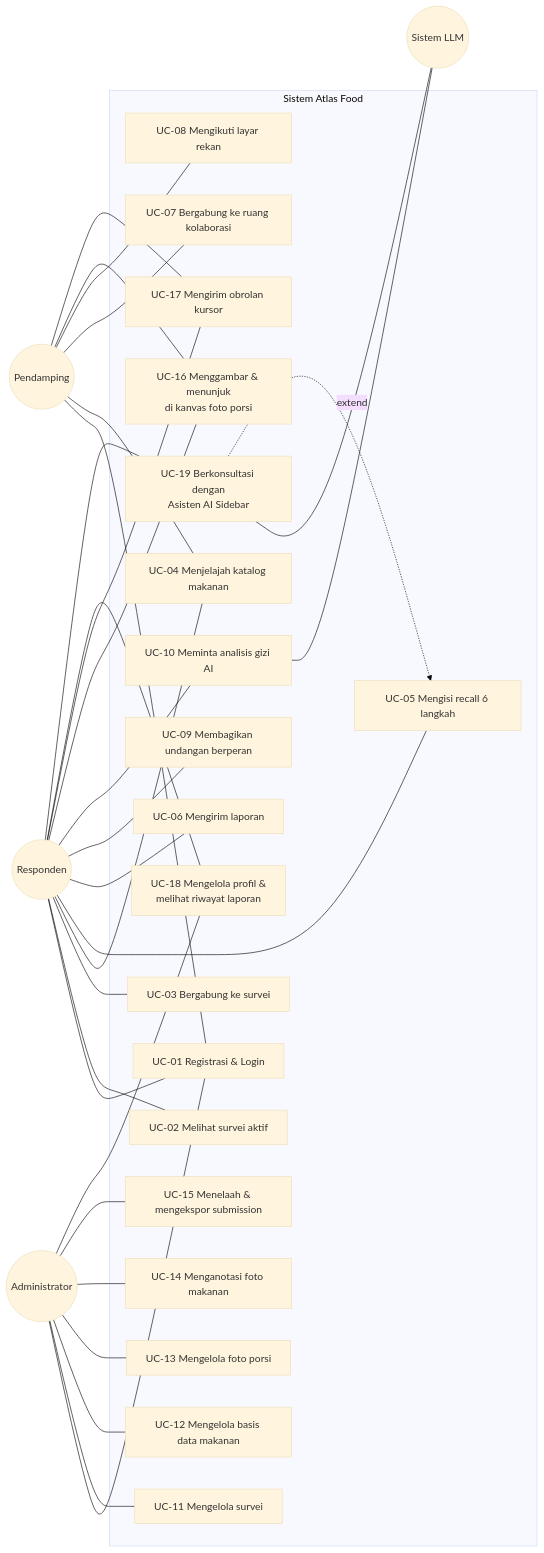
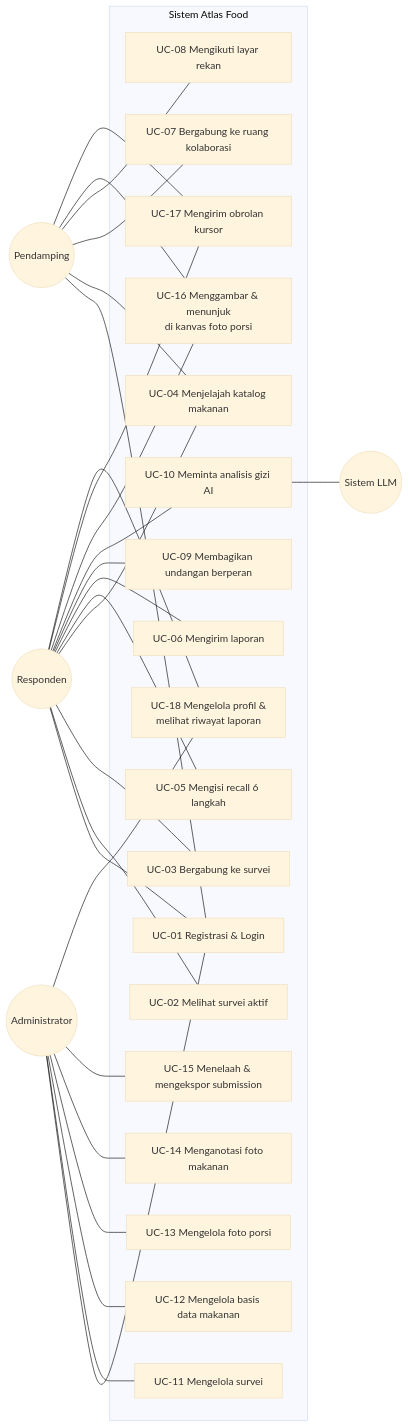
Before and after one commit to Babyhex7/atlas_food_frontend: the third of 12 diagrams in docs/Skripsi_Atlas_Food_Bab_1-5.md, drawn with Mermaid (base theme). The commit also changed other lines of this file, not shown here.

Commit message:
docs(skripsi): remove AIAssistantSidebar & offline-first claims and align with PMK 28/2019 & latest codebase

````diff
--- a/docs/Skripsi_Atlas_Food_Bab_1-5.md
+++ b/docs/Skripsi_Atlas_Food_Bab_1-5.md
@@ -880,36 +867,33 @@
 ```mermaid
 flowchart LR
     R((Responden))
     P((Pendamping))
     A((Administrator))
     L((Sistem LLM))
 
     subgraph SIS["Sistem Atlas Food"]
         UC1["UC-01 Registrasi & Login"]
         UC2["UC-02 Melihat survei aktif"]
         UC3["UC-03 Bergabung ke survei"]
         UC4["UC-04 Menjelajah katalog makanan"]
         UC5["UC-05 Mengisi recall 6 langkah"]
         UC6["UC-06 Mengirim laporan"]
         UC7["UC-07 Bergabung ke ruang kolaborasi"]
         UC8["UC-08 Mengikuti layar rekan"]
         UC9["UC-09 Membagikan undangan berperan"]
         UC10["UC-10 Meminta analisis gizi AI"]
         UC11["UC-11 Mengelola survei"]
         UC12["UC-12 Mengelola basis data makanan"]
         UC13["UC-13 Mengelola foto porsi"]
         UC14["UC-14 Menganotasi foto makanan"]
         UC15["UC-15 Menelaah & mengekspor submission"]
         UC16["UC-16 Menggambar & menunjuk<br/>di kanvas foto porsi"]
         UC17["UC-17 Mengirim obrolan kursor"]
         UC18["UC-18 Mengelola profil &<br/>melihat riwayat laporan"]
-        UC19["UC-19 Berkonsultasi dengan<br/>Asisten AI Sidebar"]
     end
 
-    R --- UC1 & UC2 & UC3 & UC4 & UC5 & UC6 & UC9 & UC10 & UC16 & UC17 & UC18 & UC19
+    R --- UC1 & UC2 & UC3 & UC4 & UC5 & UC6 & UC9 & UC10 & UC16 & UC17 & UC18
     P --- UC1 & UC4 & UC7 & UC8 & UC16 & UC17
     A --- UC1 & UC11 & UC12 & UC13 & UC14 & UC15 & UC18
     UC10 --- L
-    UC19 --- L
-    UC19 -.->|extend| UC5
 ```
````
